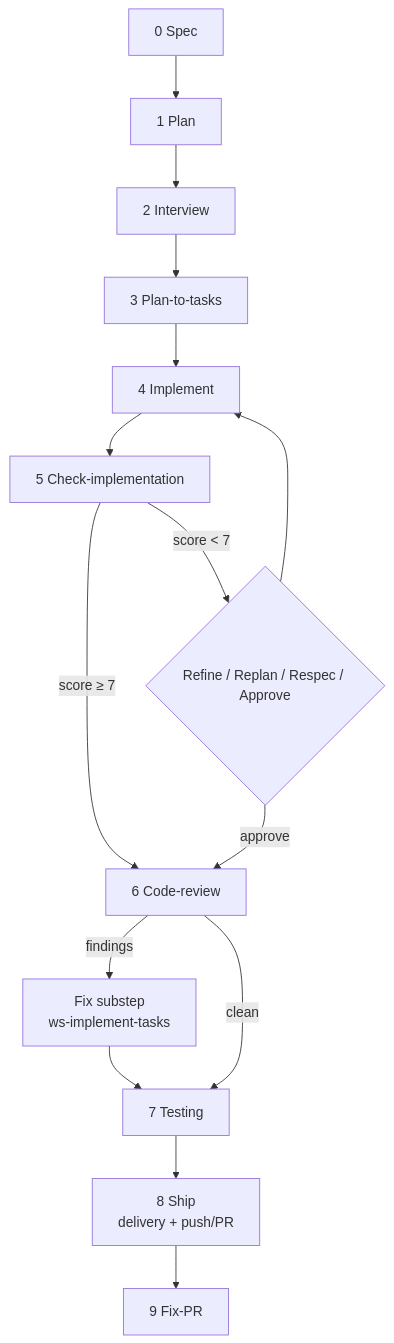
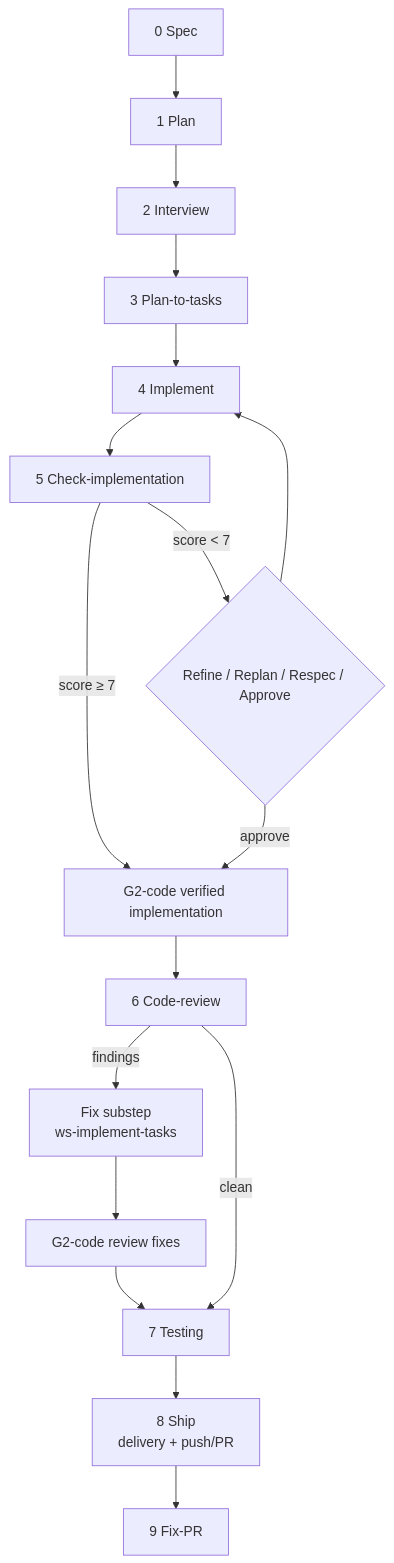
One commit to jpolvora/workflow-skills changed the second of 6 diagrams in .agents/skills/ws-spec-to-pr/DIAGRAM.md. Above: the diagram before and after it, drawn with Mermaid. The commit also changed other lines of this file and 20 other files, not shown here.

First line of the commit message:
feat(spec-to-pr): commit product files before code-review

````diff
--- a/.agents/skills/ws-spec-to-pr/DIAGRAM.md
+++ b/.agents/skills/ws-spec-to-pr/DIAGRAM.md
@@ -25,17 +25,19 @@
 ```mermaid
 flowchart TD
   S0[0 Spec] --> S1[1 Plan]
   S1 --> S2[2 Interview]
   S2 --> S3[3 Plan-to-tasks]
   S3 --> S4[4 Implement]
   S4 --> S5[5 Check-implementation]
-  S5 -->|score ≥ 7| S6[6 Code-review]
+  S5 -->|score ≥ 7| C1[G2-code verified implementation]
   S5 -->|score < 7| G5{Refine / Replan / Respec / Approve}
   G5 --> S4
-  G5 -->|approve| S6
+  G5 -->|approve| C1
+  C1 --> S6[6 Code-review]
   S6 -->|findings| Fix[Fix substep<br/>ws-implement-tasks]
-  Fix --> S7[7 Testing]
+  Fix --> C2[G2-code review fixes]
+  C2 --> S7[7 Testing]
   S6 -->|clean| S7
   S7 --> S8[8 Ship<br/>delivery + push/PR]
   S8 --> S9[9 Fix-PR]
 ```
````
